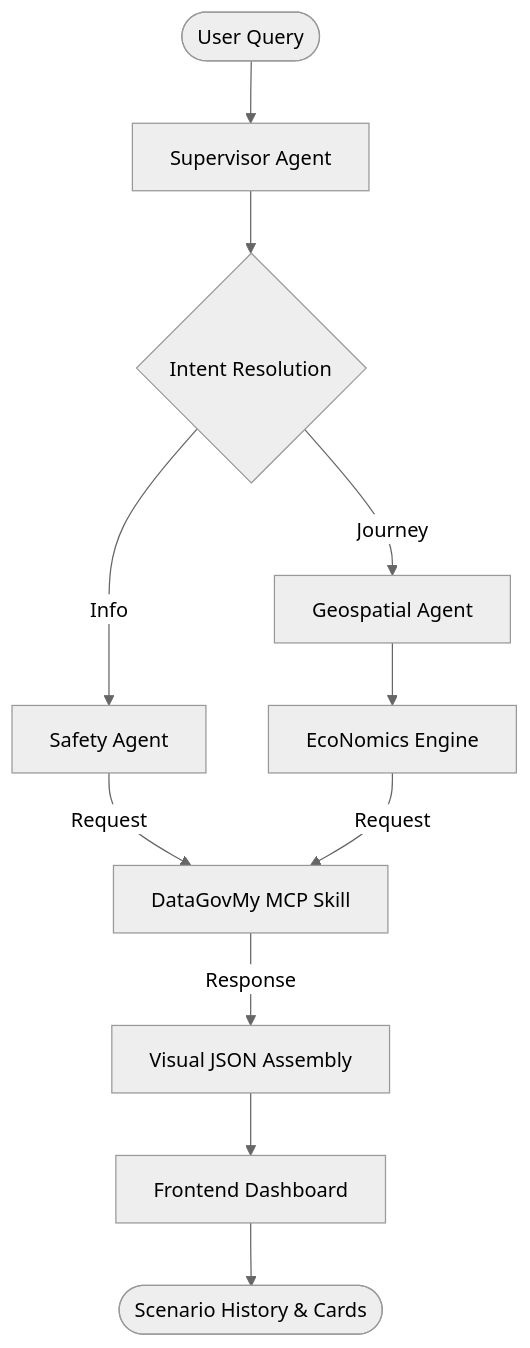
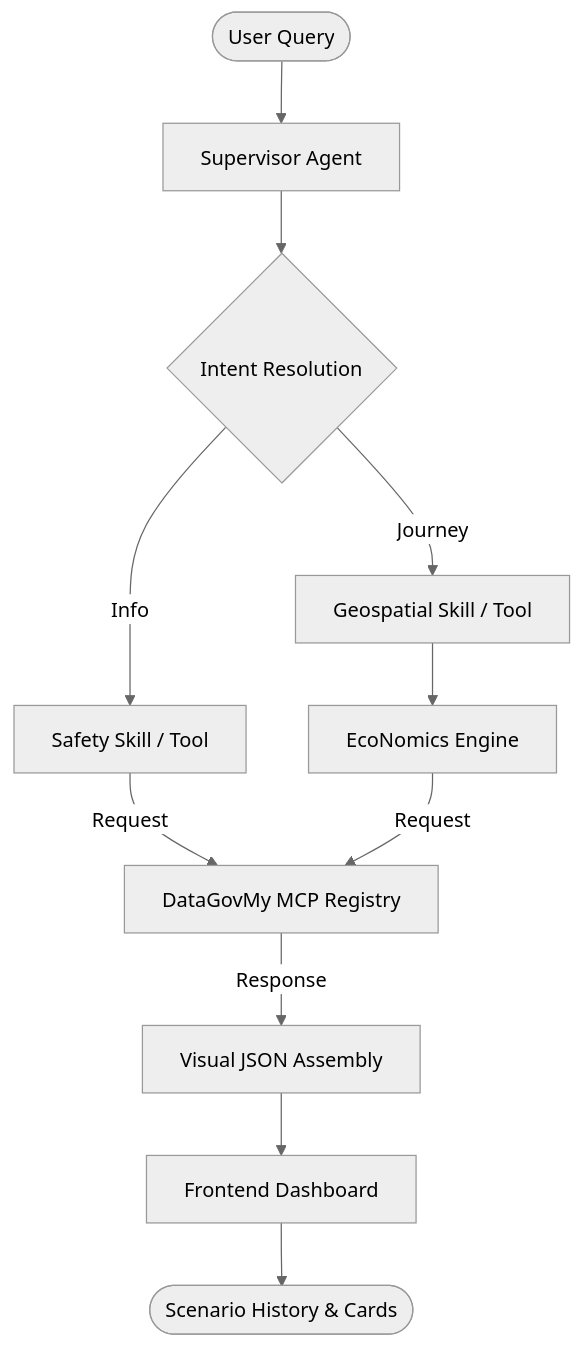
Before and after one commit to nashy3k/transit-flow-my: the first of 2 diagrams in README.md, drawn with Mermaid (neutral theme). The commit also changed other lines of this file, not shown here.

Commit message:
Submission Finale: Documented ADK/MCP Registry Evolution & Refined Technical Narrative

````diff
--- a/README.md
+++ b/README.md
@@ -23,13 +23,13 @@
 ```mermaid
 graph TD
     User([User Query]) --> Supervisor[Supervisor Agent]
     Supervisor --> Intent{Intent Resolution}
-    Intent -- Journey --> Geo[Geospatial Agent]
-    Intent -- Info --> Safety[Safety Agent]
+    Intent -- Journey --> Geo[Geospatial Skill / Tool]
+    Intent -- Info --> Safety[Safety Skill / Tool]
     Geo --> Eco[EcoNomics Engine]
-    Safety -- Request --> DGM[DataGovMy MCP Skill]
+    Safety -- Request --> DGM[DataGovMy MCP Registry]
     Eco -- Request --> DGM
     DGM -- Response --> Visual[Visual JSON Assembly]
     Visual --> Frontend[Frontend Dashboard]
     Frontend --> Render([Scenario History & Cards])
 ```
````
